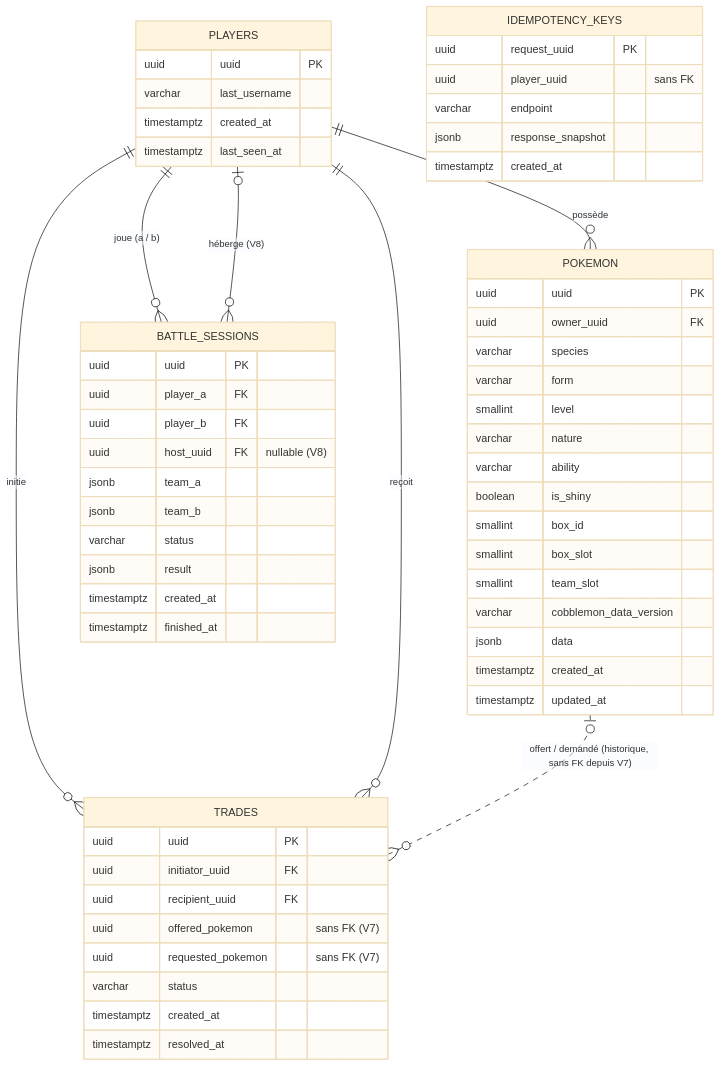
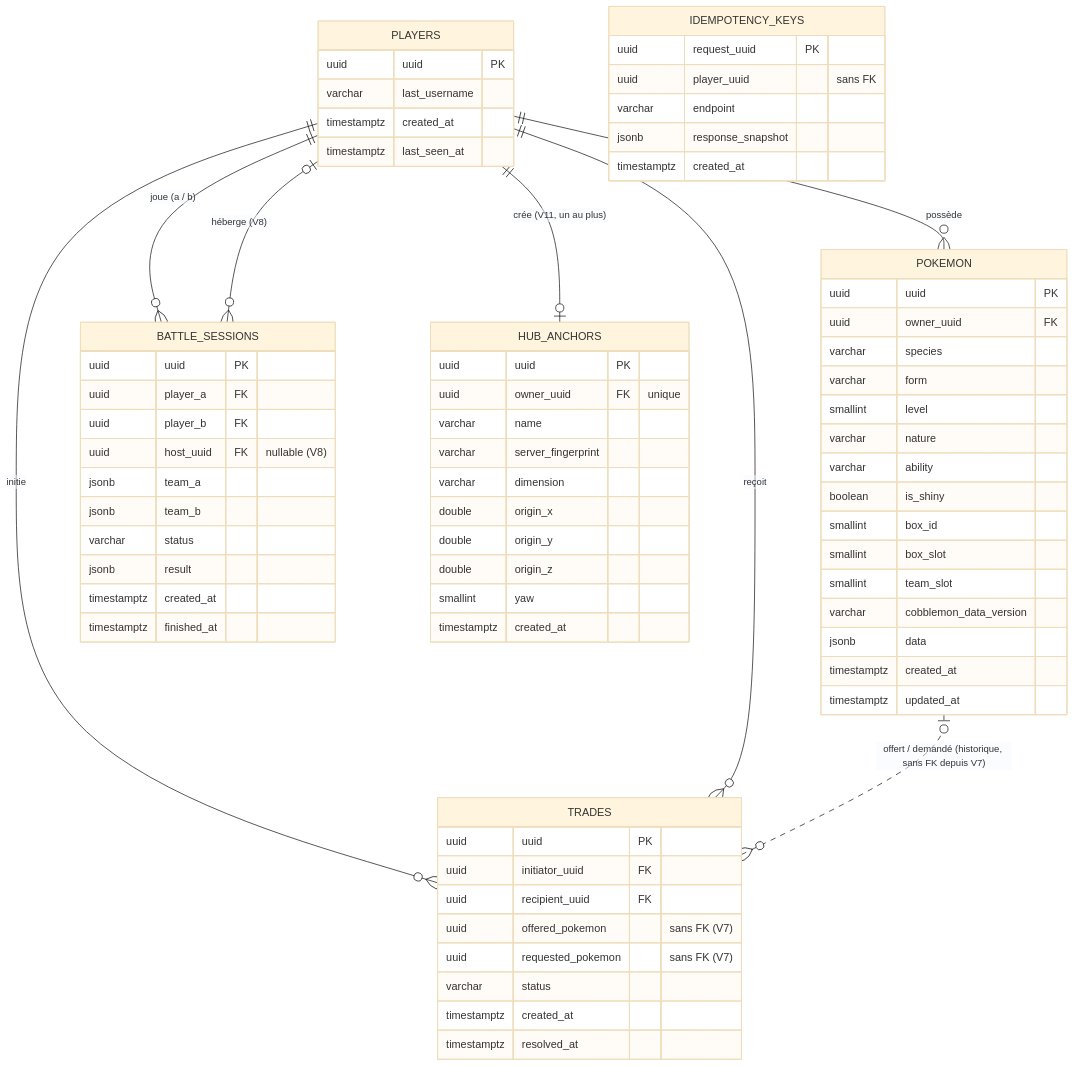
Before and after one commit to TrAdrienGit/Phantasmon-Backend: the diagram in Documentation/reference/database-schema.md, drawn with Mermaid (base theme). The commit also changed other lines of this file and 24 other files, not shown here.

````diff
--- a/Documentation/reference/database-schema.md
+++ b/Documentation/reference/database-schema.md
@@ -20,62 +20,75 @@
 ```mermaid
 erDiagram
     PLAYERS ||--o{ POKEMON : "possède"
     PLAYERS ||--o{ TRADES : "initie"
     PLAYERS ||--o{ TRADES : "reçoit"
     PLAYERS ||--o{ BATTLE_SESSIONS : "joue (a / b)"
     PLAYERS |o--o{ BATTLE_SESSIONS : "héberge (V8)"
     POKEMON |o..o{ TRADES : "offert / demandé (historique, sans FK depuis V7)"
+    PLAYERS ||--o| HUB_ANCHORS : "crée (V11, un au plus)"
 
     PLAYERS {
         uuid uuid PK
         varchar last_username
         timestamptz created_at
         timestamptz last_seen_at
     }
     POKEMON {
         uuid uuid PK
         uuid owner_uuid FK
         varchar species
         varchar form
         smallint level
         varchar nature
         varchar ability
         boolean is_shiny
         smallint box_id
         smallint box_slot
         smallint team_slot
         varchar cobblemon_data_version
         jsonb data
         timestamptz created_at
         timestamptz updated_at
     }
     TRADES {
         uuid uuid PK
         uuid initiator_uuid FK
         uuid recipient_uuid FK
         uuid offered_pokemon "sans FK (V7)"
         uuid requested_pokemon "sans FK (V7)"
         varchar status
         timestamptz created_at
         timestamptz resolved_at
     }
     BATTLE_SESSIONS {
         uuid uuid PK
         uuid player_a FK
         uuid player_b FK
         uuid host_uuid FK "nullable (V8)"
         jsonb team_a
         jsonb team_b
         varchar status
         jsonb result
         timestamptz created_at
         timestamptz finished_at
     }
+    HUB_ANCHORS {
+        uuid uuid PK
+        uuid owner_uuid FK "unique"
+        varchar name
+        varchar server_fingerprint
+        varchar dimension
+        double origin_x
+        double origin_y
+        double origin_z
+        smallint yaw
+        timestamptz created_at
+    }
     IDEMPOTENCY_KEYS {
         uuid request_uuid PK
         uuid player_uuid "sans FK"
         varchar endpoint
         jsonb response_snapshot
         timestamptz created_at
     }
 ```
````
